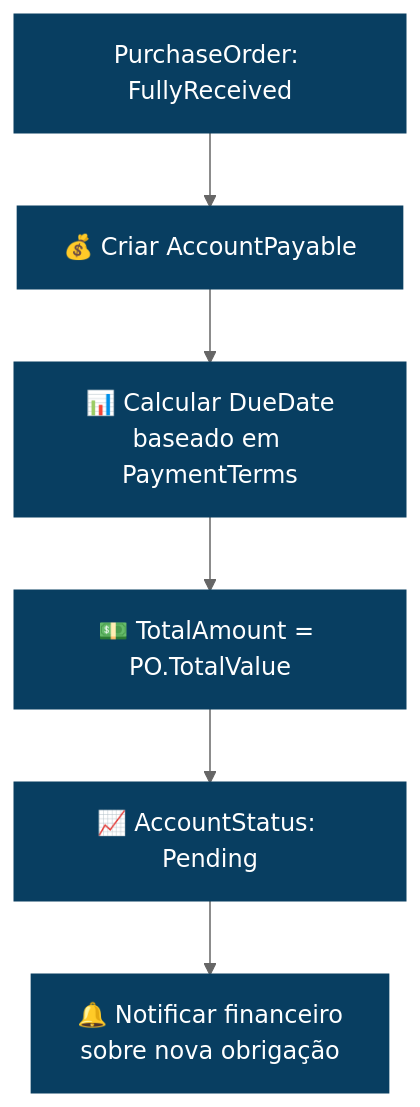
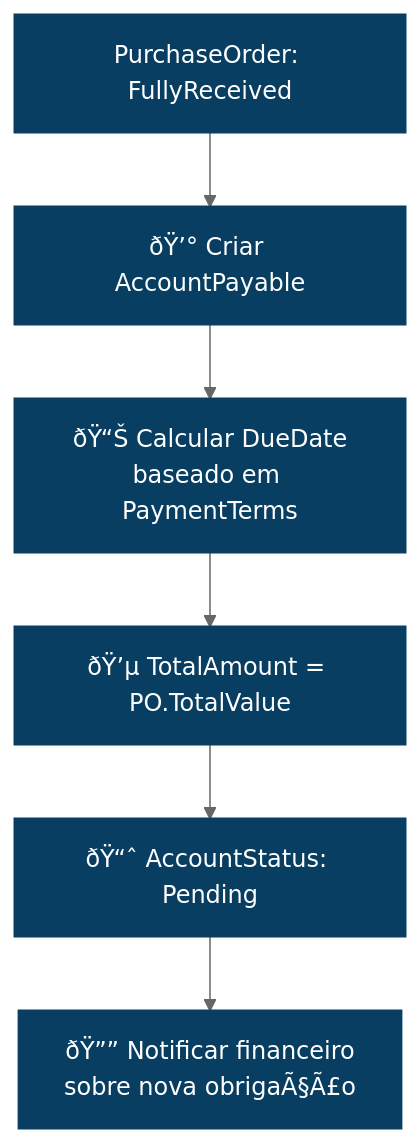
The fifth of 6 diagrams in GesN.Web/Context/DIAGRAMS/STATE-DIAGRAMS/purchase-order-lifecycle.md (igor-spalenza/GesN), drawn with Mermaid (neutral theme) before and after one commit. The commit also changed other lines of this file and 93 other files, not shown here.

````diff
--- a/GesN.Web/Context/DIAGRAMS/STATE-DIAGRAMS/purchase-order-lifecycle.md
+++ b/GesN.Web/Context/DIAGRAMS/STATE-DIAGRAMS/purchase-order-lifecycle.md
@@ -269,11 +269,11 @@
 ```mermaid
 flowchart TD
-    A[PurchaseOrder: FullyReceived] --> B[💰 Criar AccountPayable]
-    B --> C[📊 Calcular DueDate<br/>baseado em PaymentTerms]
-    C --> D[💵 TotalAmount = PO.TotalValue]
-    D --> E[📈 AccountStatus: Pending]
-    E --> F[🔔 Notificar financeiro<br/>sobre nova obrigação]
+    A[PurchaseOrder: FullyReceived] --> B[ðŸ’° Criar AccountPayable]
+    B --> C[ðŸ“Š Calcular DueDate<br/>baseado em PaymentTerms]
+    C --> D[ðŸ’µ TotalAmount = PO.TotalValue]
+    D --> E[ðŸ“ˆ AccountStatus: Pending]
+    E --> F[ðŸ”” Notificar financeiro<br/>sobre nova obrigaÃ§Ã£o]
     
     classDef financialStyle fill:#083e61,stroke:#083e61,stroke-width:2px,color:white
     class A,B,C,D,E,F financialStyle
 ```
````
